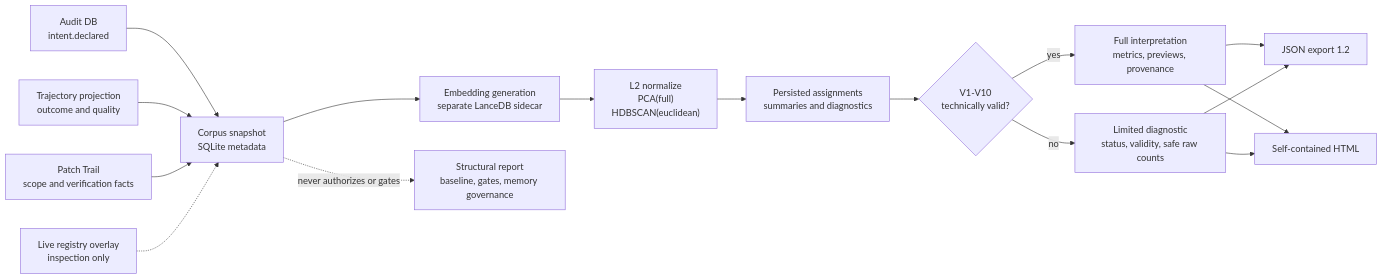
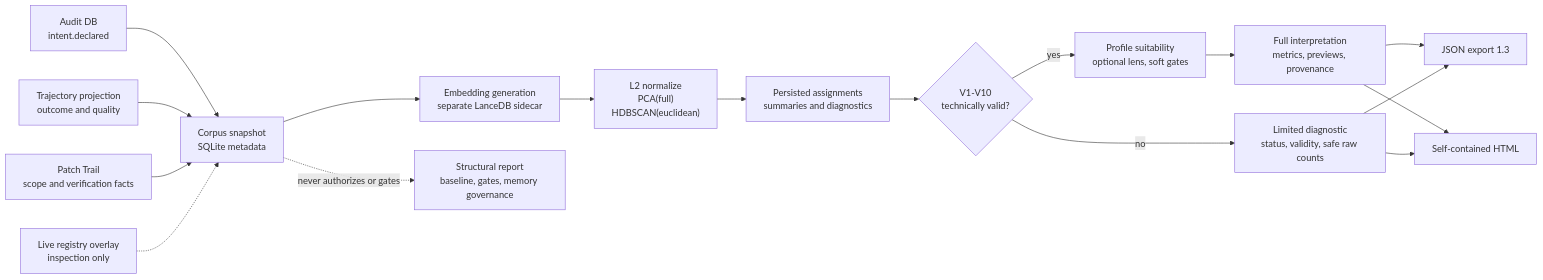
Before and after one commit to orenlab/codeclone: the first of 4 diagrams in docs/book/27-corpus-analytics.md, drawn with Mermaid. The commit also changed other lines of this file and 37 other files, not shown here.

Commit message:
feat(analytics): add profile control plane with manifests, suitability, and ranked sweeps

````diff
--- a/docs/book/27-corpus-analytics.md
+++ b/docs/book/27-corpus-analytics.md
@@ -23,18 +24,19 @@
 ```mermaid
 flowchart LR
     A["Audit DB<br/>intent.declared"] --> S["Corpus snapshot<br/>SQLite metadata"]
     T["Trajectory projection<br/>outcome and quality"] --> S
     P["Patch Trail<br/>scope and verification facts"] --> S
     R["Live registry overlay<br/>inspection only"] -.-> S
     S --> E["Embedding generation<br/>separate LanceDB sidecar"]
     E --> C["L2 normalize<br/>PCA(full)<br/>HDBSCAN(euclidean)"]
     C --> D["Persisted assignments<br/>summaries and diagnostics"]
     D --> V{"V1-V10<br/>technically valid?"}
-    V -->|" yes "| F["Full interpretation<br/>metrics, previews, provenance"]
+    V -->|" yes "| Q["Profile suitability<br/>optional lens, soft gates"]
+    Q --> F["Full interpretation<br/>metrics, previews, provenance"]
     V -->|" no "| L["Limited diagnostic<br/>status, validity, safe raw counts"]
-    F --> J["JSON export 1.2"]
+    F --> J["JSON export 1.3"]
     F --> H["Self-contained HTML"]
     L --> J
     L --> H
     S -. " never authorizes or gates " .-> X["Structural report<br/>baseline, gates, memory governance"]
 ```
````
